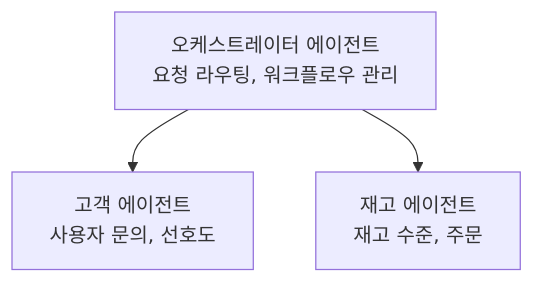
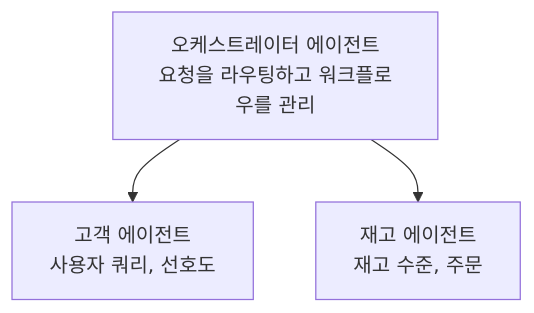
One commit to microsoft/AZD-for-beginners changed the diagram in translations/ko/docs/chapter-05-multi-agent/README.md. Above: the diagram before and after it, drawn with Mermaid. The commit also changed other lines of this file and 101 other files, not shown here.

````diff
--- a/translations/ko/docs/chapter-05-multi-agent/README.md
+++ b/translations/ko/docs/chapter-05-multi-agent/README.md
@@ -50,5 +52,5 @@
 ```mermaid
 graph TD
-    Orchestrator[오케스트레이터 에이전트<br/>요청 라우팅, 워크플로우 관리] --> Customer[고객 에이전트<br/>사용자 문의, 선호도]
+    Orchestrator[오케스트레이터 에이전트<br/>요청을 라우팅하고 워크플로우를 관리] --> Customer[고객 에이전트<br/>사용자 쿼리, 선호도]
     Orchestrator --> Inventory[재고 에이전트<br/>재고 수준, 주문]
 ```
````
